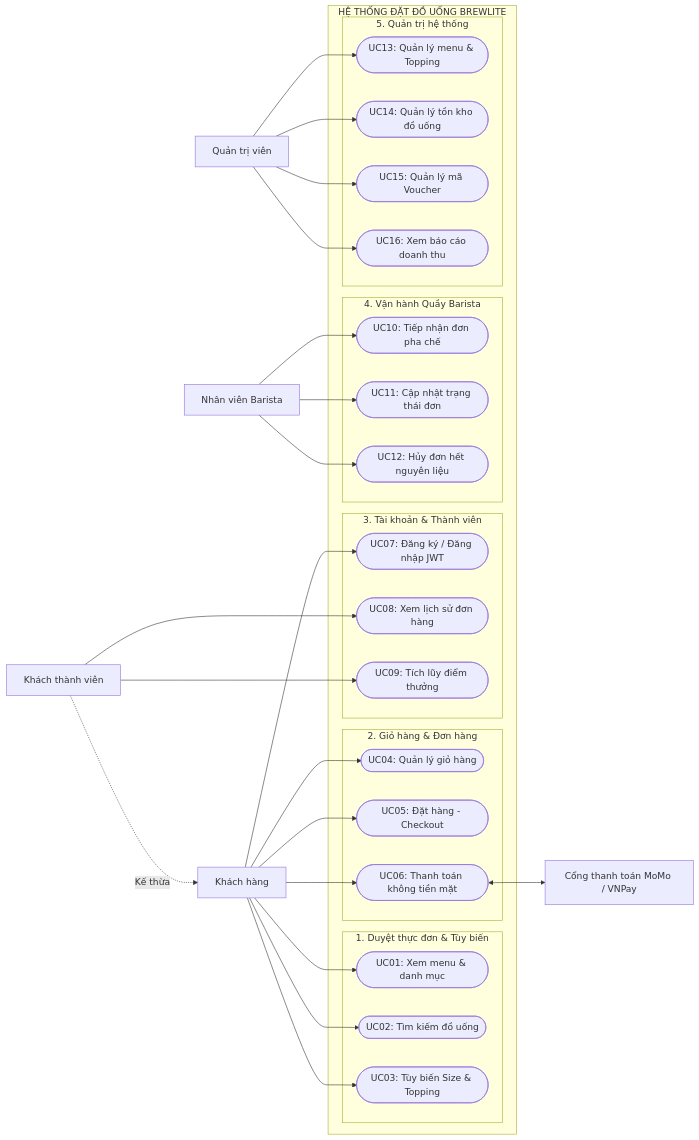
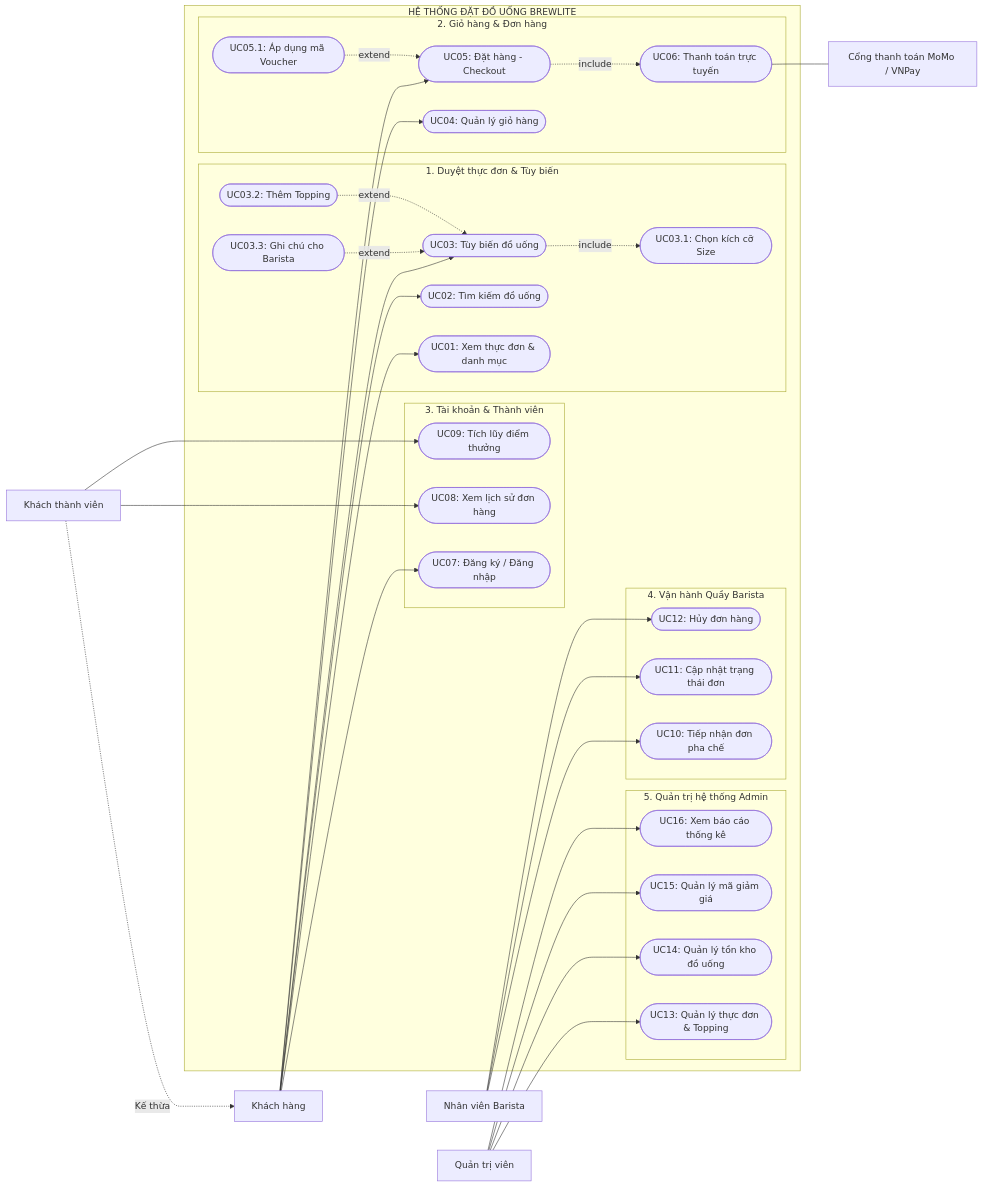
The first of 2 diagrams in docs/requirements/system-requirements-matrix.md (nphat-code/swe-project), drawn with Mermaid before and after one commit. The commit also changed 2 other files, not shown here.

Commit message:
fix(docs): standardize overall use case diagram and align all document references

````diff
--- a/docs/requirements/system-requirements-matrix.md
+++ b/docs/requirements/system-requirements-matrix.md
@@ -21,65 +21,74 @@
 ```mermaid
 flowchart LR
     Customer[Khách hàng]
     Member[Khách thành viên]
     Barista[Nhân viên Barista]
     Admin[Quản trị viên]
     PaymentGW[Cổng thanh toán MoMo / VNPay]
 
     Member -.->|Kế thừa| Customer
 
     subgraph SystemBoundary [HỆ THỐNG ĐẶT ĐỒ UỐNG BREWLITE]
-        subgraph SubMenu [1. Duyệt thực đơn & Tùy biến]
-            UC01([UC01: Xem menu & danh mục])
+        subgraph P1 [1. Duyệt thực đơn & Tùy biến]
+            UC01([UC01: Xem thực đơn & danh mục])
             UC02([UC02: Tìm kiếm đồ uống])
-            UC03([UC03: Tùy biến Size & Topping])
+            UC03([UC03: Tùy biến đồ uống])
+            UC03_1([UC03.1: Chọn kích cỡ Size])
+            UC03_2([UC03.2: Thêm Topping])
+            UC03_3([UC03.3: Ghi chú cho Barista])
         end
 
-        subgraph SubOrder [2. Giỏ hàng & Đơn hàng]
+        subgraph P2 [2. Giỏ hàng & Đơn hàng]
             UC04([UC04: Quản lý giỏ hàng])
             UC05([UC05: Đặt hàng - Checkout])
-            UC06([UC06: Thanh toán không tiền mặt])
+            UC05_1([UC05.1: Áp dụng mã Voucher])
+            UC06([UC06: Thanh toán trực tuyến])
         end
 
-        subgraph SubAuth [3. Tài khoản & Thành viên]
-            UC07([UC07: Đăng ký / Đăng nhập JWT])
+        subgraph P3 [3. Tài khoản & Thành viên]
+            UC07([UC07: Đăng ký / Đăng nhập])
             UC08([UC08: Xem lịch sử đơn hàng])
             UC09([UC09: Tích lũy điểm thưởng])
         end
 
-        subgraph SubBarista [4. Vận hành Quầy Barista]
+        subgraph P4 [4. Vận hành Quầy Barista]
             UC10([UC10: Tiếp nhận đơn pha chế])
             UC11([UC11: Cập nhật trạng thái đơn])
-            UC12([UC12: Hủy đơn hết nguyên liệu])
+            UC12([UC12: Hủy đơn hàng])
         end
 
-        subgraph SubAdmin [5. Quản trị hệ thống]
-            UC13([UC13: Quản lý menu & Topping])
+        subgraph P5 [5. Quản trị hệ thống Admin]
+            UC13([UC13: Quản lý thực đơn & Topping])
             UC14([UC14: Quản lý tồn kho đồ uống])
-            UC15([UC15: Quản lý mã Voucher])
-            UC16([UC16: Xem báo cáo doanh thu])
+            UC15([UC15: Quản lý mã giảm giá])
+            UC16([UC16: Xem báo cáo thống kê])
         end
     end
 
     Customer --> UC01
     Customer --> UC02
     Customer --> UC03
     Customer --> UC04
     Customer --> UC05
-    Customer --> UC06
     Customer --> UC07
 
     Member --> UC08
     Member --> UC09
 
-    UC06 <--> PaymentGW
+    UC03 -.->|include| UC03_1
+    UC03_2 -.->|extend| UC03
+    UC03_3 -.->|extend| UC03
+
+    UC05 -.->|include| UC06
+    UC05_1 -.->|extend| UC05
+    UC06 --- PaymentGW
 
     Barista --> UC10
     Barista --> UC11
     Barista --> UC12
 
     Admin --> UC13
     Admin --> UC14
     Admin --> UC15
     Admin --> UC16
 ```
````
